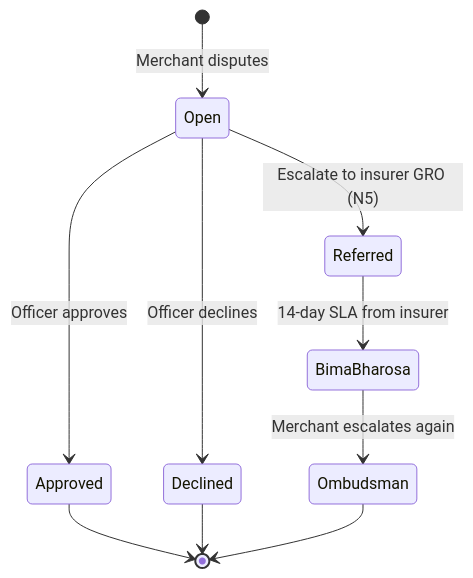
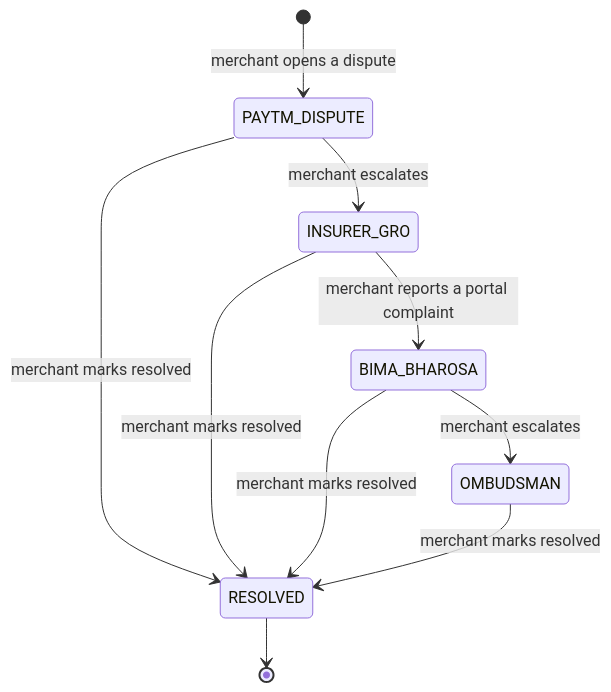
One commit to UjjwalPardeshi/Chhatri changed the fifth of 5 diagrams in docs/02-product/feature-specs/fs-06-explanations-disputes-and-grievance.md. Above: the diagram before and after it, drawn with Mermaid. The commit also changed other lines of this file and 57 other files, not shown here.

````diff
--- a/docs/02-product/feature-specs/fs-06-explanations-disputes-and-grievance.md
+++ b/docs/02-product/feature-specs/fs-06-explanations-disputes-and-grievance.md
@@ -89,12 +176,12 @@
 ```mermaid
 stateDiagram-v2
-    [*] --> Open: Merchant disputes
-    Open --> Approved: Officer approves
-    Open --> Declined: Officer declines
-    Open --> Referred: Escalate to insurer GRO (N5)
-    Referred --> BimaBharosa: 14-day SLA from insurer
-    BimaBharosa --> Ombudsman: Merchant escalates again
-    Approved --> [*]
-    Declined --> [*]
-    Ombudsman --> [*]
+  [*] --> PAYTM_DISPUTE : merchant opens a dispute
+  PAYTM_DISPUTE --> INSURER_GRO : merchant escalates
+  INSURER_GRO --> BIMA_BHAROSA : merchant reports a portal complaint
+  BIMA_BHAROSA --> OMBUDSMAN : merchant escalates
+  PAYTM_DISPUTE --> RESOLVED : merchant marks resolved
+  INSURER_GRO --> RESOLVED : merchant marks resolved
+  BIMA_BHAROSA --> RESOLVED : merchant marks resolved
+  OMBUDSMAN --> RESOLVED : merchant marks resolved
+  RESOLVED --> [*]
 ```
````
